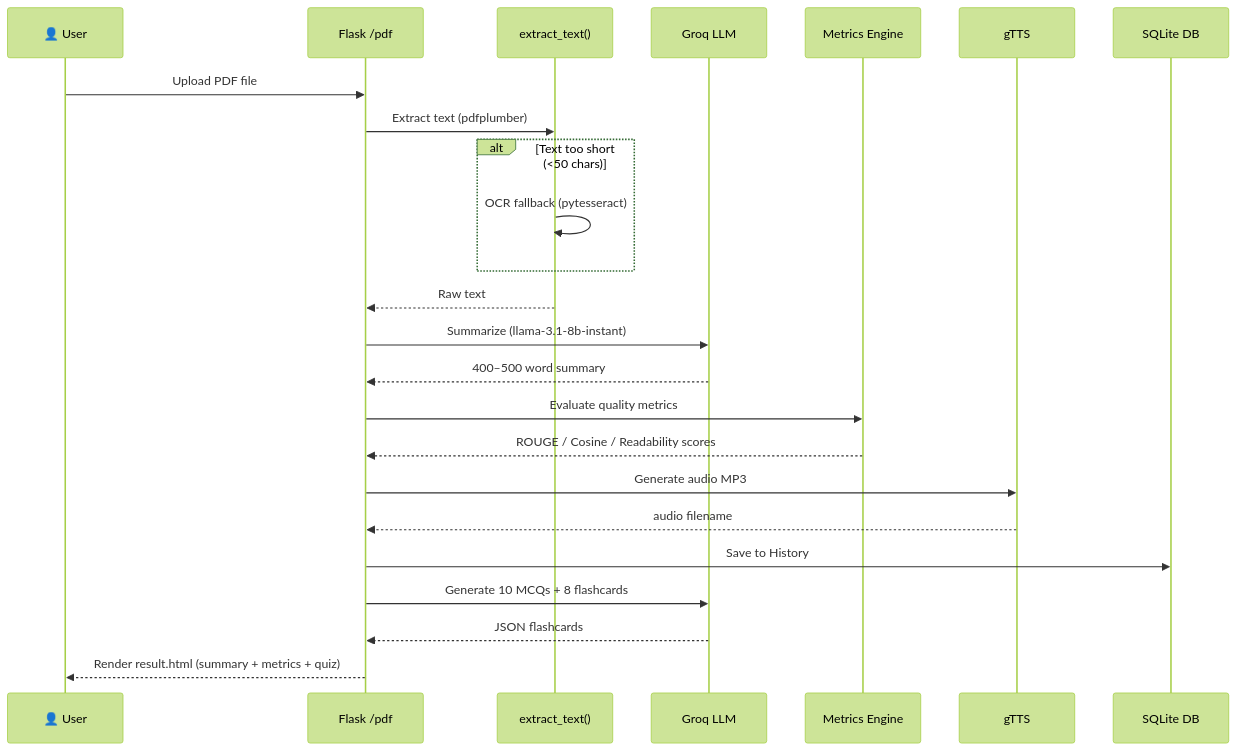
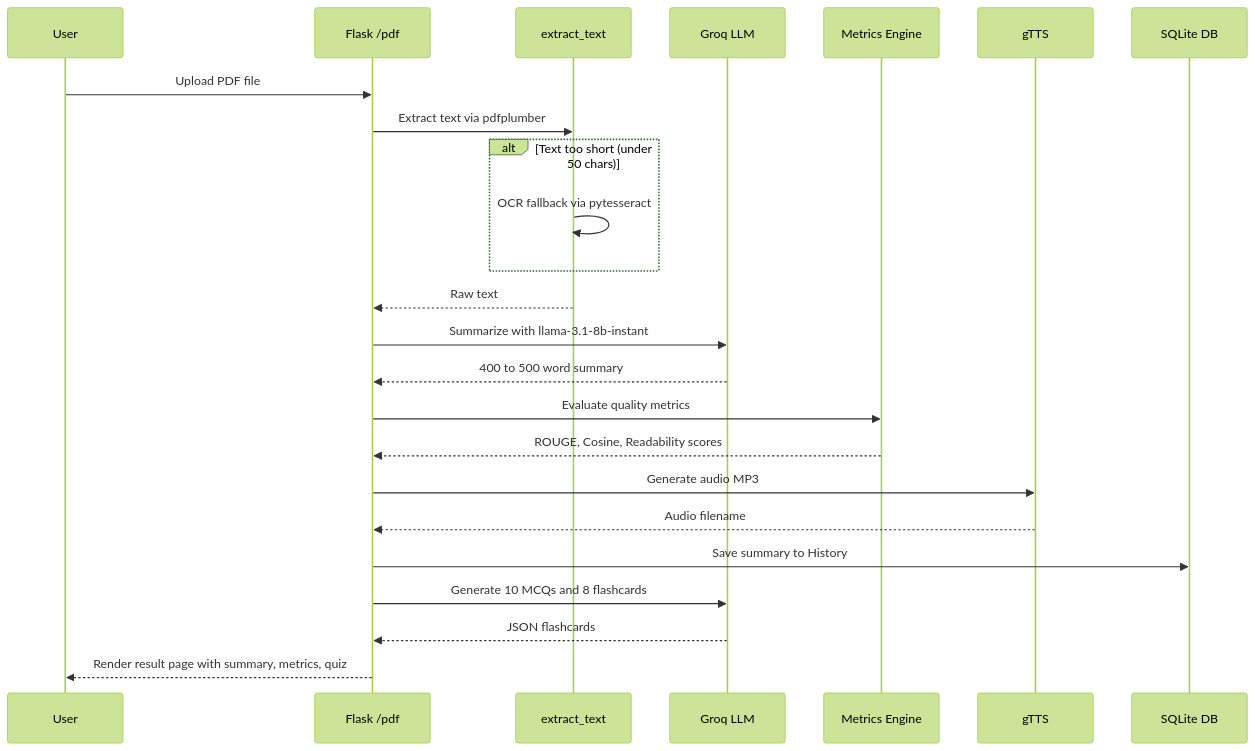
One commit to Shuvam00/ExplainIT-AI changed the second of 3 diagrams in README.md. Above: the diagram before and after it, drawn with Mermaid (forest theme). The commit also changed other lines of this file, not shown here.

Commit message:
fix: correct Mermaid diagram syntax - remove backslash-n in labels and angle brackets

````diff
--- a/README.md
+++ b/README.md
@@ -94,27 +95,27 @@
 ```mermaid
 sequenceDiagram
-    participant U as 👤 User
+    participant U as User
     participant F as Flask /pdf
-    participant E as extract_text()
+    participant E as extract_text
     participant G as Groq LLM
     participant M as Metrics Engine
     participant T as gTTS
     participant DB as SQLite DB
 
     U->>F: Upload PDF file
-    F->>E: Extract text (pdfplumber)
-    alt Text too short (<50 chars)
-        E->>E: OCR fallback (pytesseract)
+    F->>E: Extract text via pdfplumber
+    alt Text too short (under 50 chars)
+        E->>E: OCR fallback via pytesseract
     end
     E-->>F: Raw text
-    F->>G: Summarize (llama-3.1-8b-instant)
-    G-->>F: 400–500 word summary
+    F->>G: Summarize with llama-3.1-8b-instant
+    G-->>F: 400 to 500 word summary
     F->>M: Evaluate quality metrics
-    M-->>F: ROUGE / Cosine / Readability scores
+    M-->>F: ROUGE, Cosine, Readability scores
     F->>T: Generate audio MP3
-    T-->>F: audio filename
-    F->>DB: Save to History
-    F->>G: Generate 10 MCQs + 8 flashcards
+    T-->>F: Audio filename
+    F->>DB: Save summary to History
+    F->>G: Generate 10 MCQs and 8 flashcards
     G-->>F: JSON flashcards
-    F-->>U: Render result.html (summary + metrics + quiz)
+    F-->>U: Render result page with summary, metrics, quiz
 ```
````
